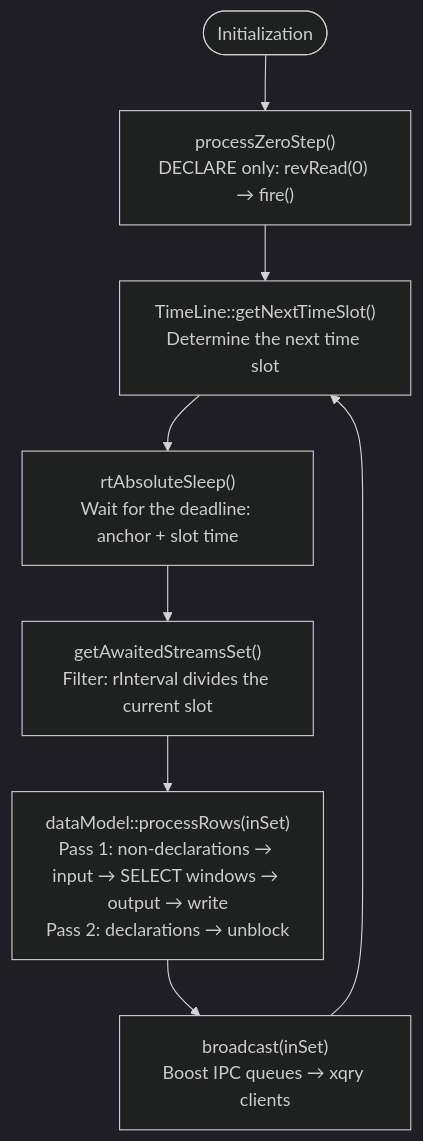
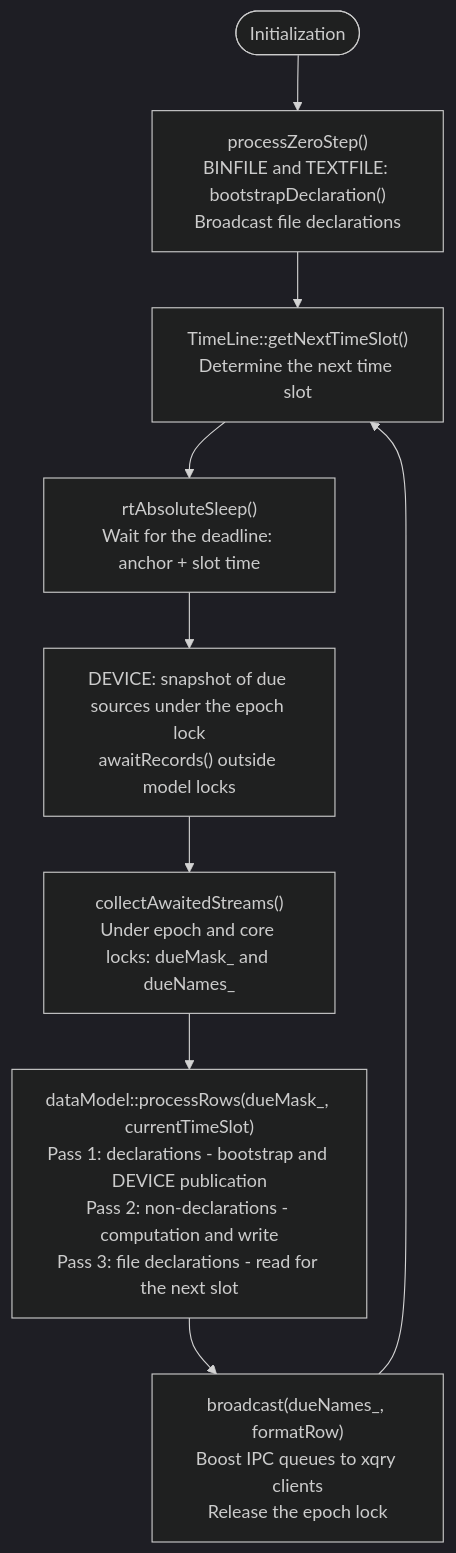
One commit to michalwidera/documentation-rdb changed the first of 6 diagrams in query-execution/query-tree-traversal-algorithm.md. Above: the diagram before and after it, drawn with Mermaid (dark theme). The commit also changed other lines of this file and 4 other files, not shown here.

````diff
--- a/query-execution/query-tree-traversal-algorithm.md
+++ b/query-execution/query-tree-traversal-algorithm.md
@@ -7,12 +7,13 @@
 ```mermaid
 %% pdf-height: 55%
 %%{init: {"markdownAutoWrap": false}}%%
 flowchart TD
     A([Initialization]) --> B
-    B["processZeroStep()<br/>DECLARE only: revRead(0) → fire()"] --> C
+    B["processZeroStep()<br/>BINFILE and TEXTFILE: bootstrapDeclaration()<br/>Broadcast file declarations"] --> C
     C["TimeLine::getNextTimeSlot()<br/>Determine the next time slot"] --> W
-    W["rtAbsoluteSleep()<br/>Wait for the deadline: anchor + slot time"] --> D
-    D["getAwaitedStreamsSet()<br/>Filter: rInterval divides the current slot"] --> E
-    E["dataModel::processRows(inSet)<br/>Pass 1: non-declarations → input → SELECT windows → output → write<br/>Pass 2: declarations → unblock"] --> F
-    F["broadcast(inSet)<br/>Boost IPC queues → xqry clients"] --> C
+    W["rtAbsoluteSleep()<br/>Wait for the deadline: anchor + slot time"] --> V
+    V["DEVICE: snapshot of due sources under the epoch lock<br/>awaitRecords() outside model locks"] --> D
+    D["collectAwaitedStreams()<br/>Under epoch and core locks: dueMask_ and dueNames_"] --> E
+    E["dataModel::processRows(dueMask_, currentTimeSlot)<br/>Pass 1: declarations - bootstrap and DEVICE publication<br/>Pass 2: non-declarations - computation and write<br/>Pass 3: file declarations - read for the next slot"] --> F
+    F["broadcast(dueNames_, formatRow)<br/>Boost IPC queues to xqry clients<br/>Release the epoch lock"] --> C
 ```
````
